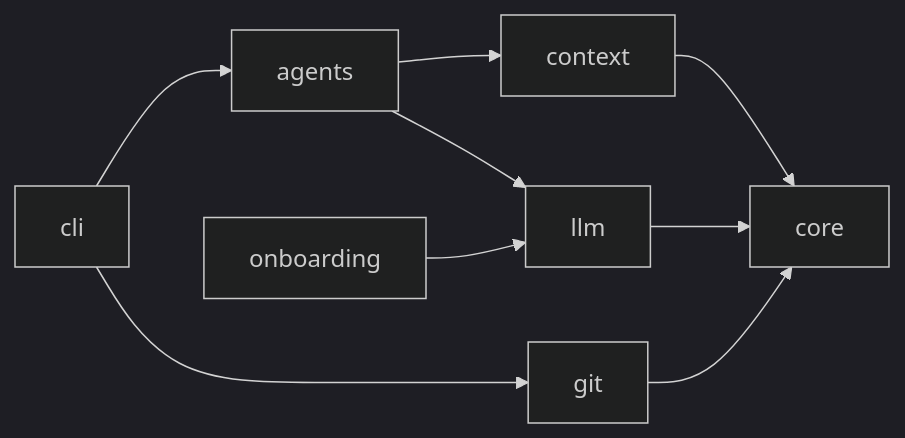
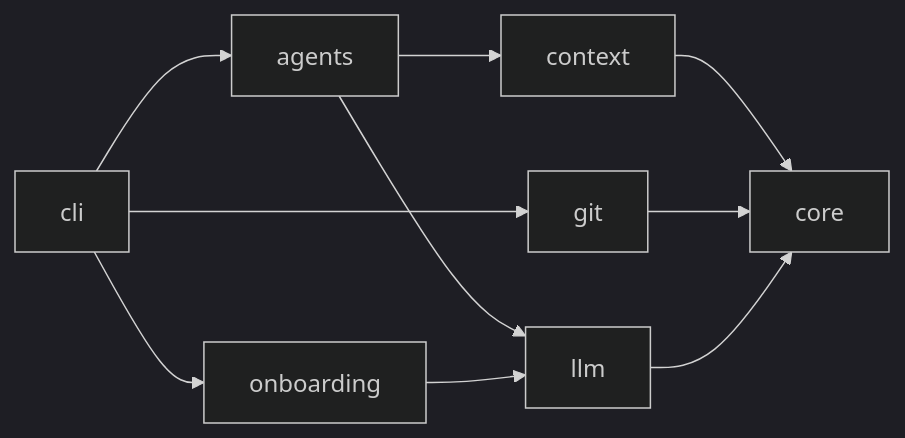
The second of 2 diagrams in README.md (vaibhav-barman/gitcommit-ai), drawn with Mermaid (dark theme) before and after one commit. The commit also changed other lines of this file and 17 other files, not shown here.

````diff
--- a/README.md
+++ b/README.md
@@ -157,11 +157,12 @@
 ```mermaid
 flowchart LR
     cli["cli"] --> agents["agents"]
     cli --> git["git"]
+    cli --> onboarding["onboarding"]
     agents --> context["context"]
     agents --> llm["llm"]
     context --> core["core"]
     git --> core
     llm --> core
-    onboarding["onboarding"] --> llm
+    onboarding --> llm
 ```
````
